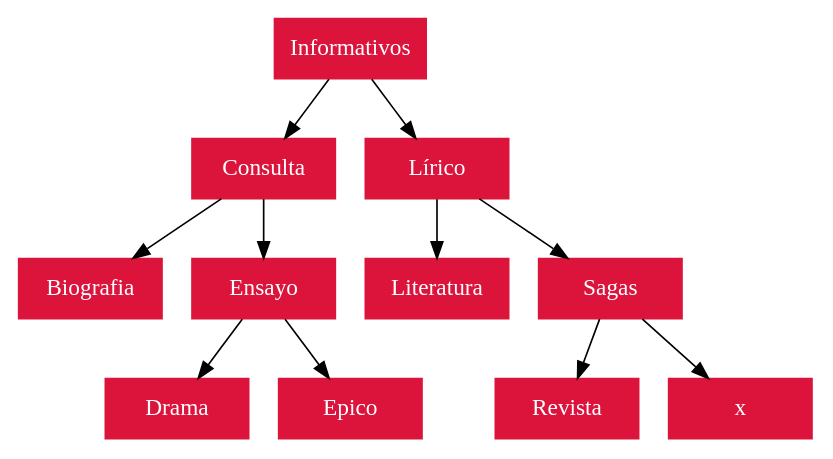
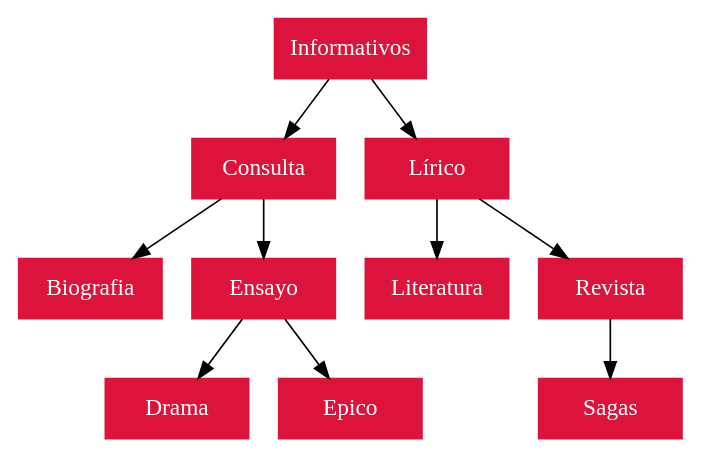
The diagram in AVL_Categorias.dot (juanpaestrada20/EDD_PY2_201800709), drawn with Graphviz before and after one commit. The commit also changed 2 other files, not shown here.

```diff
--- a/AVL_Categorias.dot
+++ b/AVL_Categorias.dot
@@ -1,15 +1,14 @@
 digraph G{
 rankdir=TB;
 node [margin=0 shape=box width=1.2 color=crimson fontcolor=white style=filled ];
 Informativos->Consulta
 Consulta->Biografia
 Consulta->Ensayo
 Ensayo->Drama
 Ensayo->Epico
 Informativos->Lírico
 Lírico->Literatura
-Lírico->Sagas
-Sagas->Revista
-Sagas->x
+Lírico->Revista
+Revista->Sagas
 
 }
```
